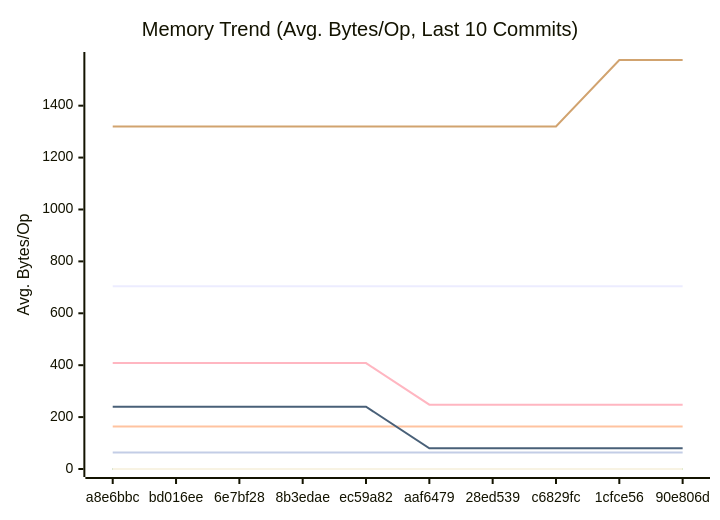
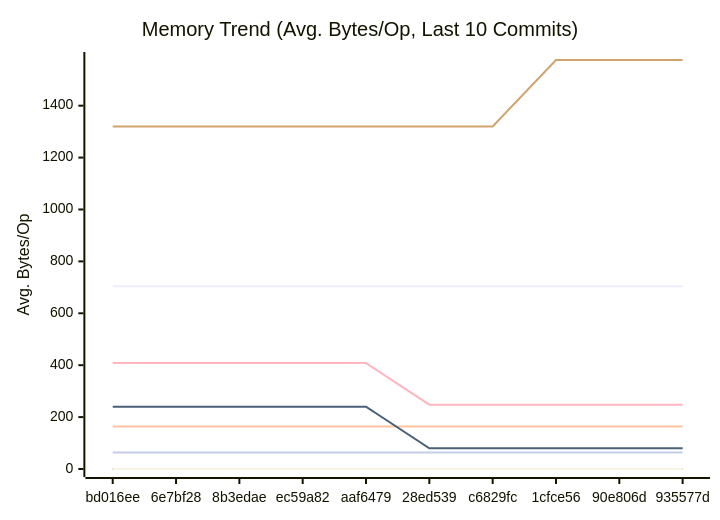
Before and after one commit to alsotoes/momo: the second of 3 diagrams in docs/PERFORMANCE.md, drawn with Mermaid. The commit also changed other lines of this file and 3 other files, not shown here.

````diff
--- a/docs/PERFORMANCE.md
+++ b/docs/PERFORMANCE.md
@@ -152,18 +152,18 @@
 ```mermaid
 xychart-beta
     title "Memory Trend (Avg. Bytes/Op, Last 10 Commits)"
     x-axis "Commit"
     y-axis "Avg. Bytes/Op"
-    x-axis [a8e6bbc,bd016ee,6e7bf28,8b3edae,ec59a82,aaf6479,28ed539,c6829fc,1cfce56,90e806d]
+    x-axis [bd016ee,6e7bf28,8b3edae,ec59a82,aaf6479,28ed539,c6829fc,1cfce56,90e806d,935577d]
     line "CheckMetricsAndSwap" [0,0,0,0,0,0,0,0,0,0]
     line "CrushOptimized" [0,0,0,0,0,0,0,0,0,0]
     line "CrushOriginal" [164,164,164,164,164,164,164,164,164,164]
     line "IndexDirectTracking" [0,0,0,0,0,0,0,0,0,0]
     line "IndexSearch" [0,0,0,0,0,0,0,0,0,0]
-    line "LoadGlobalConfig" [1320,1320,1320,1320,1320,1320,1320,1320,1576,1576]
+    line "LoadGlobalConfig" [1320,1320,1320,1320,1320,1320,1320,1576,1576,1576]
     line "PadString" [64,64,64,64,64,64,64,64,64,64]
     line "ParseReplicationOrder_NoPrealloc" [408,408,408,408,408,248,248,248,248,248]
     line "ParseReplicationOrder_Prealloc" [240,240,240,240,240,80,80,80,80,80]
     line "SanitizeLog/Safe" [0,0,0,0,0,0,0,0,0,0]
     line "SanitizeLog/Unsafe" [704,704,704,704,704,704,704,704,704,704]
 ```
````
